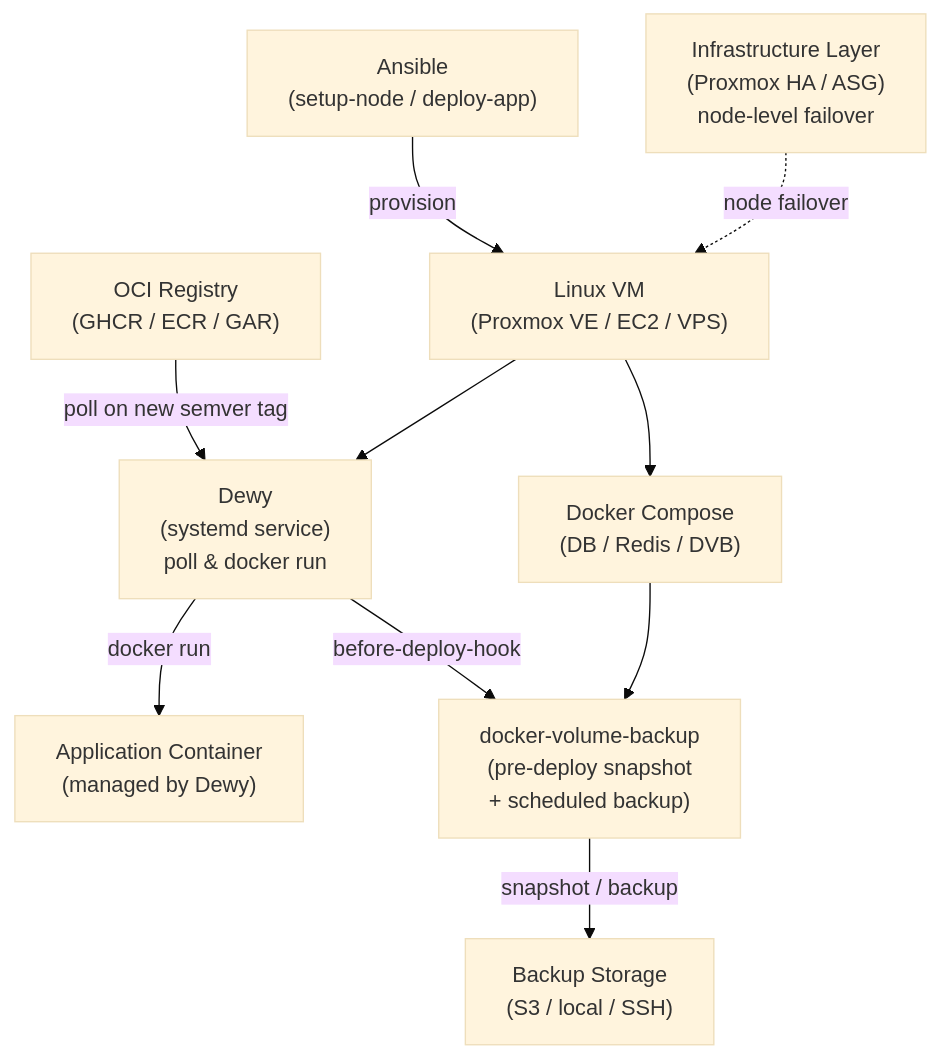
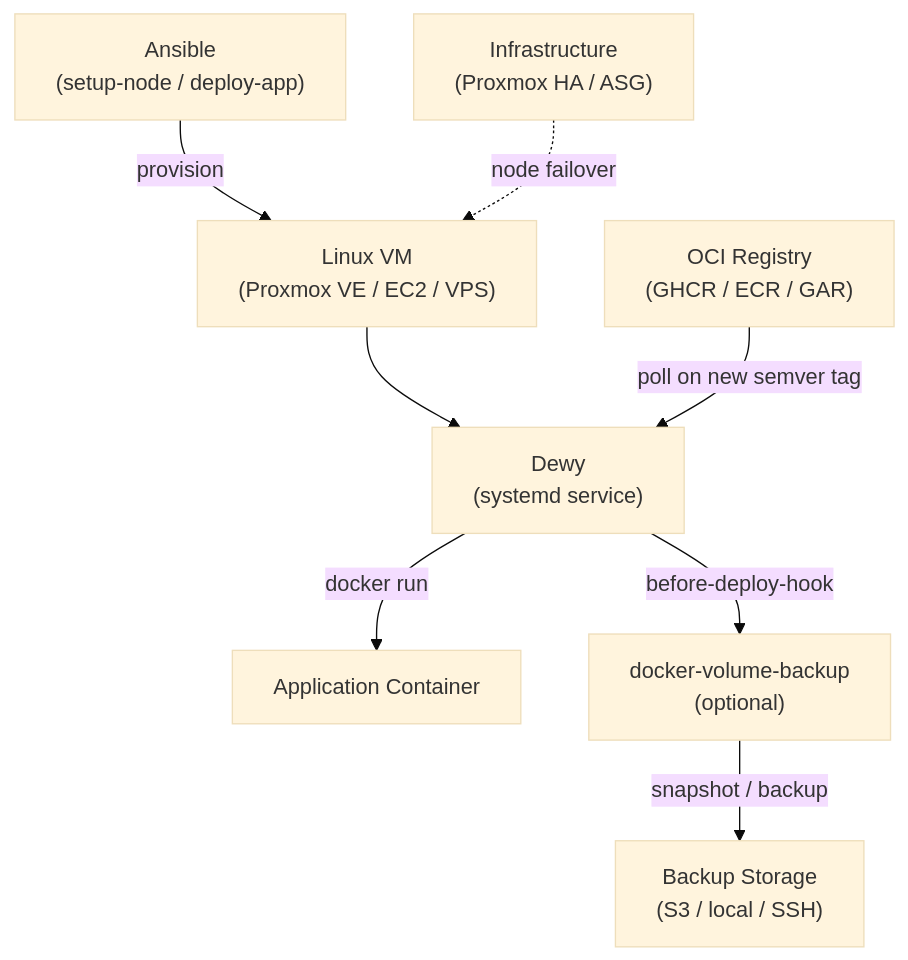
One commit to cyokozai/three-d-stack changed the diagram in docs/architecture-decisions.md. Above: the diagram before and after it, drawn with Mermaid (base theme). The commit also changed other lines of this file and 4 other files, not shown here.

````diff
--- a/docs/architecture-decisions.md
+++ b/docs/architecture-decisions.md
@@ -152,22 +113,19 @@
 ```mermaid
 graph TD
     OCI["OCI Registry\n(GHCR / ECR / GAR)"]
-    Dewy["Dewy\n(systemd service)\npoll & docker run"]
-    App["Application Container\n(managed by Dewy)"]
-    Compose["Docker Compose\n(DB / Redis / DVB)"]
-    DVB["docker-volume-backup\n(pre-deploy snapshot\n+ scheduled backup)"]
+    Dewy["Dewy\n(systemd service)"]
+    App["Application Container"]
+    DVB["docker-volume-backup\n(optional)"]
     S3["Backup Storage\n(S3 / local / SSH)"]
     Ansible["Ansible\n(setup-node / deploy-app)"]
     VM["Linux VM\n(Proxmox VE / EC2 / VPS)"]
-    Infra["Infrastructure Layer\n(Proxmox HA / ASG)\nnode-level failover"]
+    Infra["Infrastructure\n(Proxmox HA / ASG)"]
 
     Ansible -->|provision| VM
     VM --> Dewy
-    VM --> Compose
     OCI -->|poll on new semver tag| Dewy
     Dewy -->|docker run| App
     Dewy -->|before-deploy-hook| DVB
-    Compose --> DVB
     DVB -->|snapshot / backup| S3
     Infra -.->|node failover| VM
 ```
````
